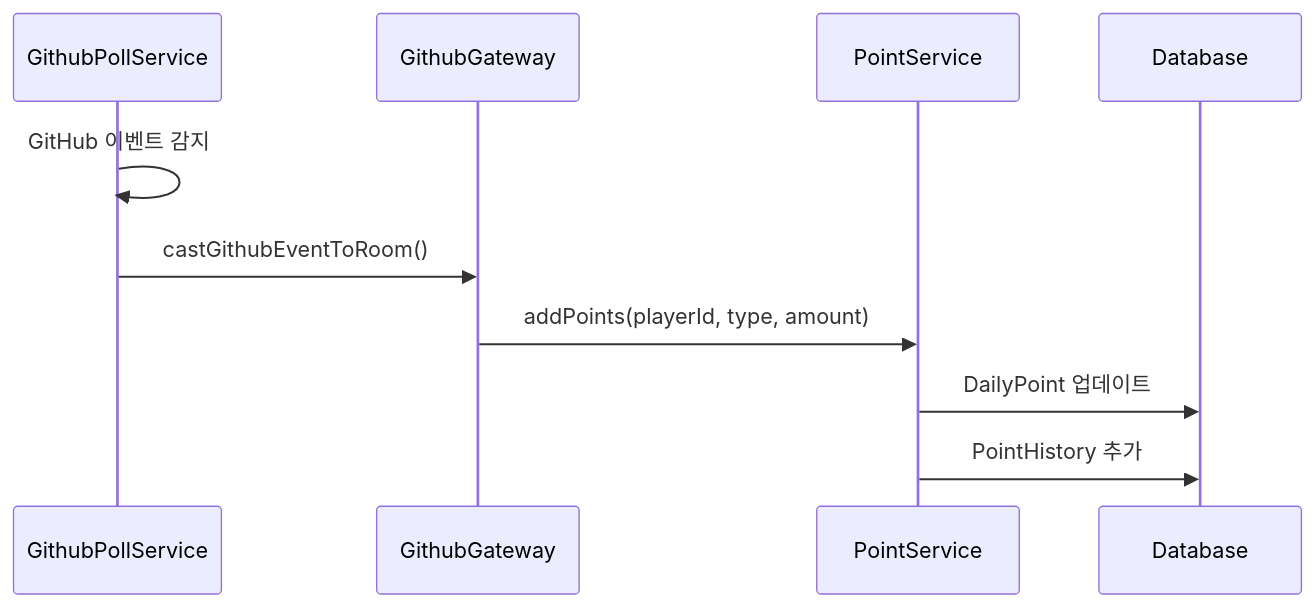
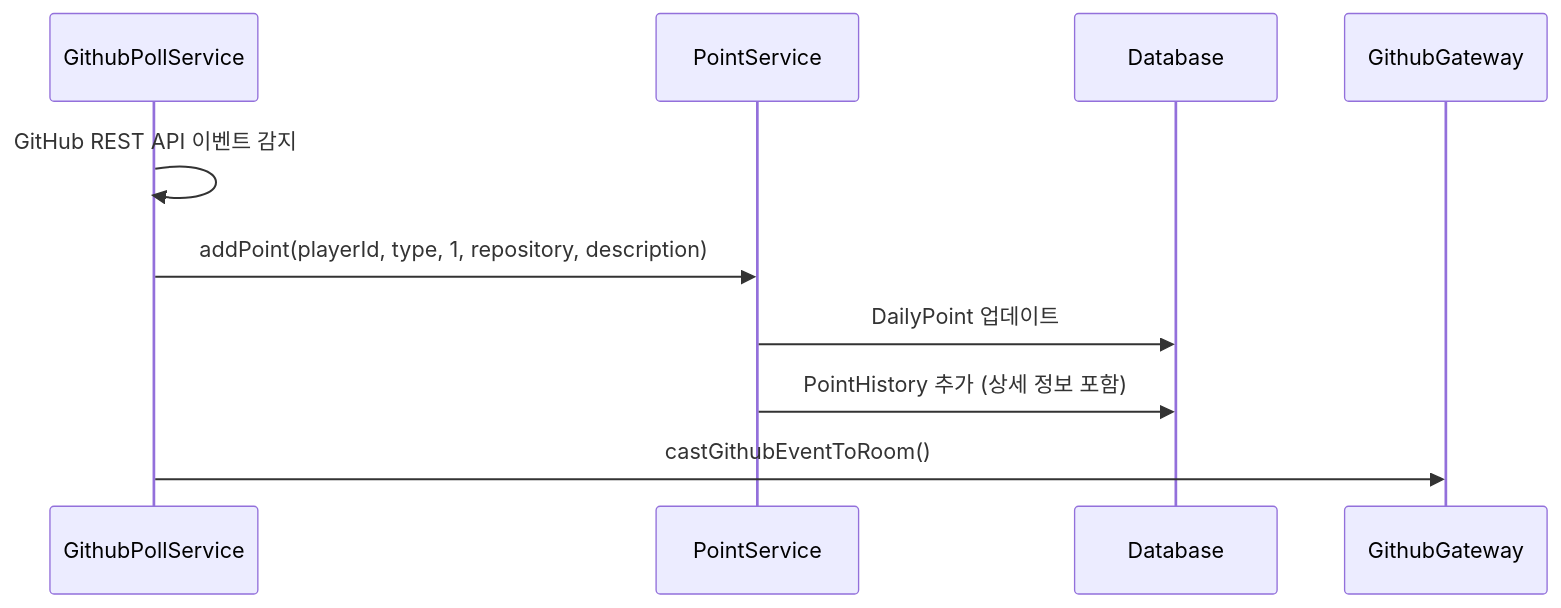
The first of 4 diagrams in docs/features/POINT_SYSTEM.md (boostcampwm2025/web19-estrogenquattro), drawn with Mermaid before and after one commit. The commit also changed other lines of this file and 1 other file, not shown here.

First line of the commit message:
docs: GitHub 폴링 문서 REST API 전환 반영

````diff
--- a/docs/features/POINT_SYSTEM.md
+++ b/docs/features/POINT_SYSTEM.md
@@ -185,13 +187,13 @@
 ```mermaid
 sequenceDiagram
     participant Poll as GithubPollService
-    participant GW as GithubGateway
     participant PS as PointService
     participant DB as Database
+    participant GW as GithubGateway
 
-    Poll->>Poll: GitHub 이벤트 감지
+    Poll->>Poll: GitHub REST API 이벤트 감지
+    Poll->>PS: addPoint(playerId, type, 1, repository, description)
+    PS->>DB: DailyPoint 업데이트
+    PS->>DB: PointHistory 추가 (상세 정보 포함)
     Poll->>GW: castGithubEventToRoom()
-    GW->>PS: addPoints(playerId, type, amount)
-    PS->>DB: DailyPoint 업데이트
-    PS->>DB: PointHistory 추가
 ```
````
